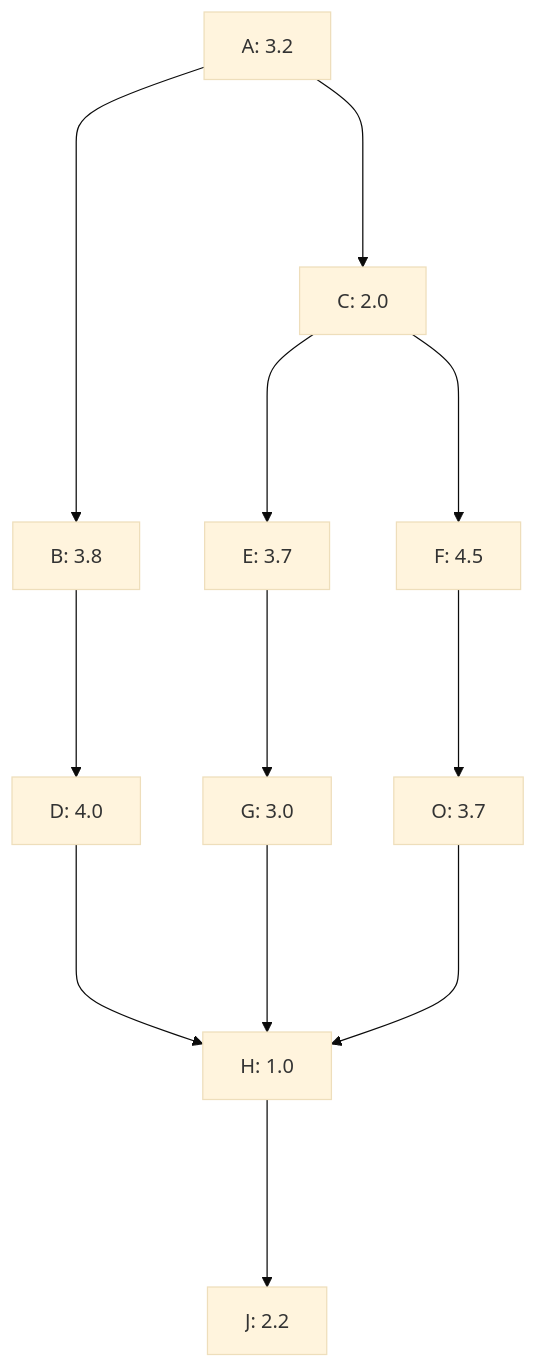
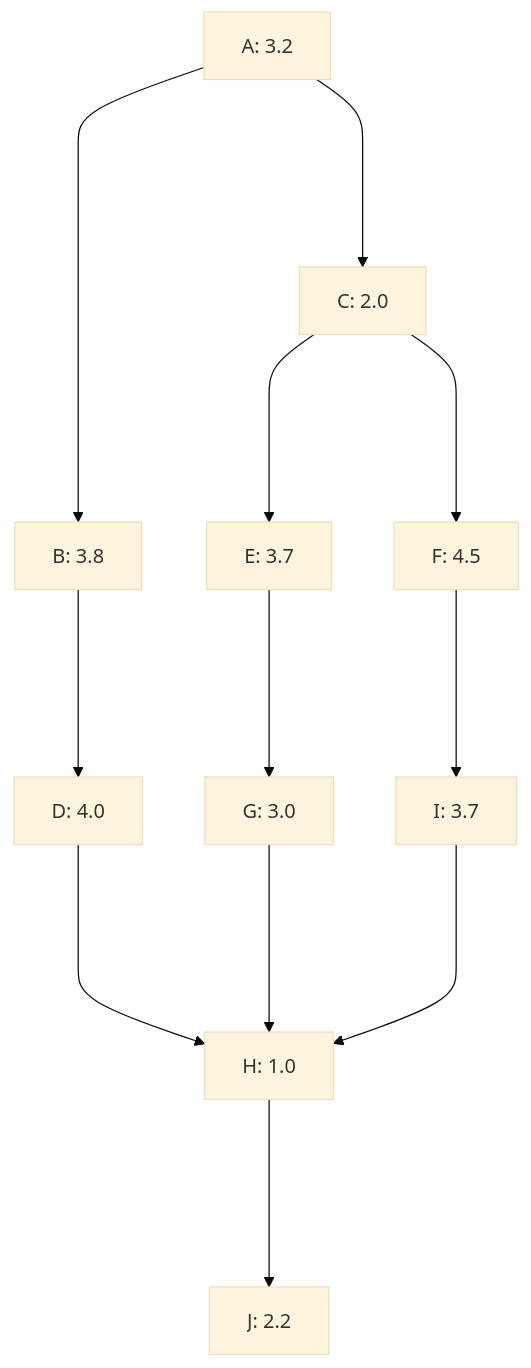
The diagram in README.md (Chase-William/project-managment-activity-4), drawn with Mermaid (base theme) before and after one commit. The commit also changed other lines of this file, not shown here.

````diff
--- a/README.md
+++ b/README.md
@@ -1,14 +3,14 @@
 ```mermaid
 flowchart TD
   A[A: 3.2] ----> B[B: 3.8];
   A ----> C[C: 2.0];
   B ----> D[D: 4.0];
   C ----> E[E: 3.7];
   C ----> F[F: 4.5];
   E ----> G[G: 3.0];
   D ----> H[H: 1.0];
   G ----> H;
-  I[O: 3.7] ----> H;
+  I[I: 3.7] ----> H;
   F ----> I;
   H ----> J[J: 2.2];
 ```
````
